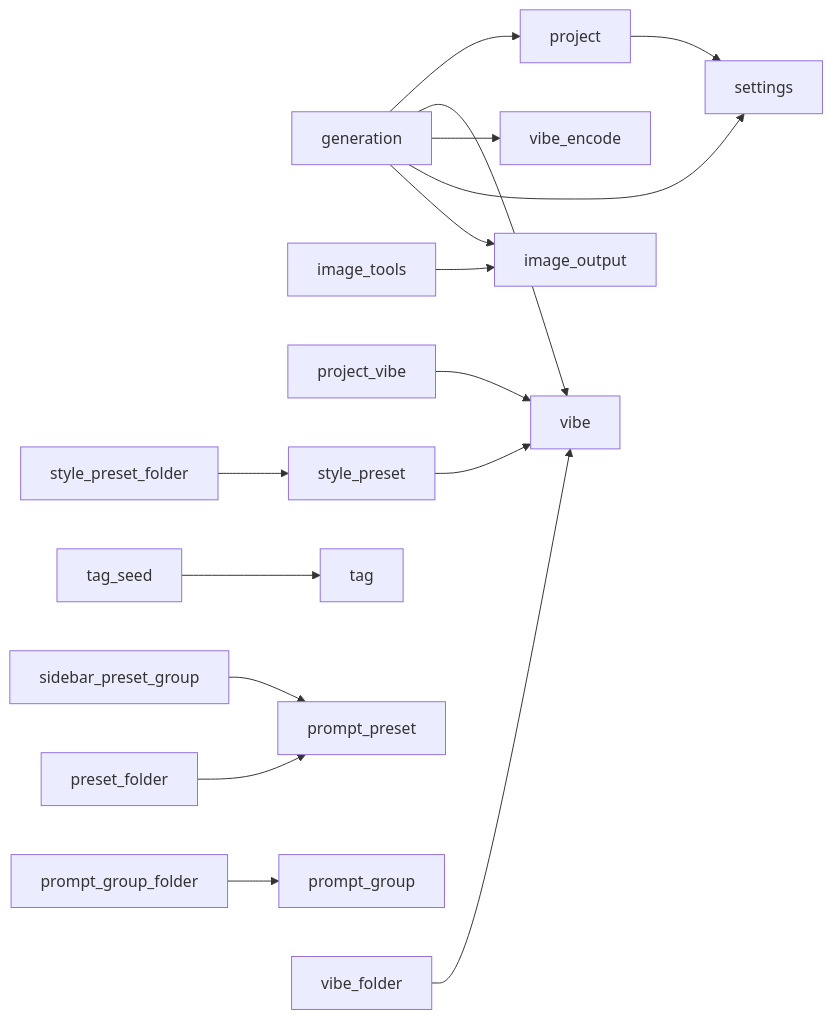
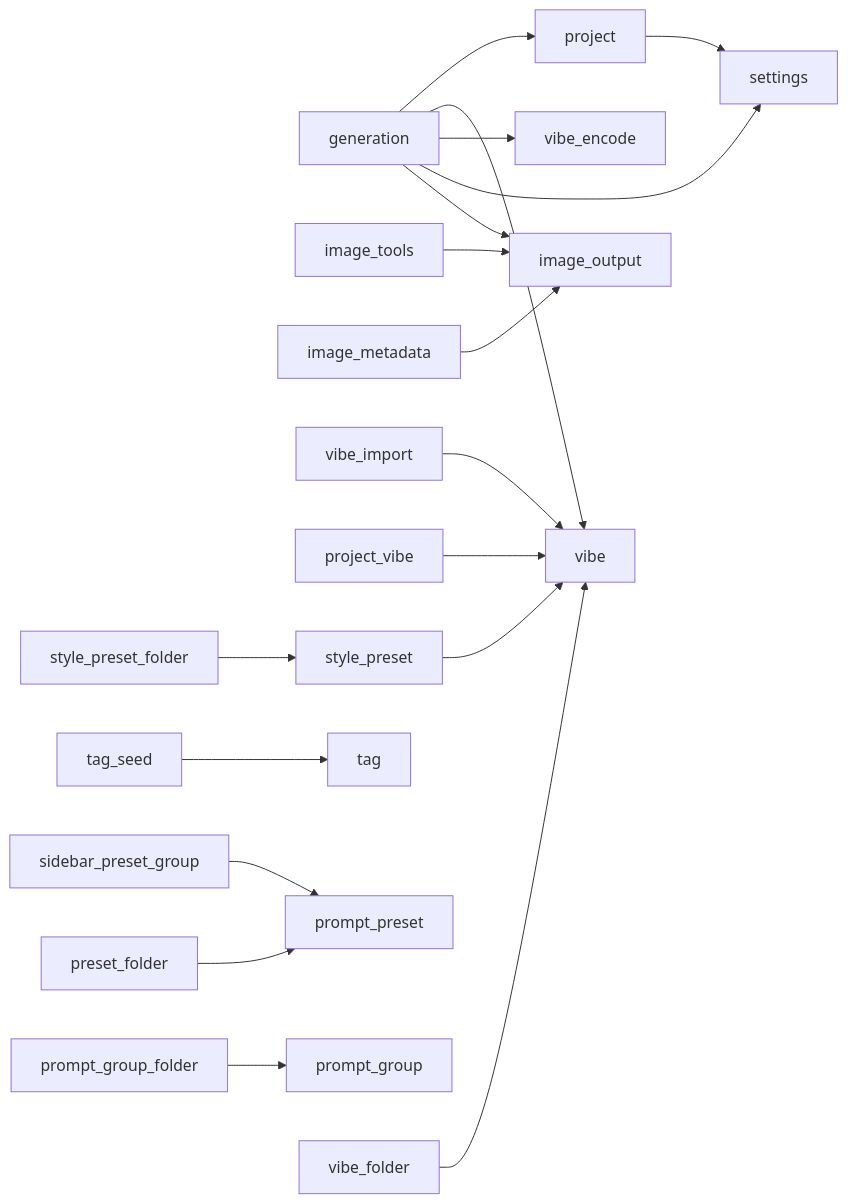
Before and after one commit to nkdk9315/NovelAI-desktop-app: the second of 3 diagrams in docs/architecture/ARCHITECTURE.md, drawn with Mermaid. The commit also changed other lines of this file and 37 other files, not shown here.

````diff
--- a/docs/architecture/ARCHITECTURE.md
+++ b/docs/architecture/ARCHITECTURE.md
@@ -179,18 +181,20 @@
 ```mermaid
 graph LR
     generation --> project
     generation --> vibe
     generation --> vibe_encode
     generation --> settings
     generation --> image_output
     image_tools --> image_output
+    image_metadata --> image_output
+    vibe_import --> vibe
     project --> settings
     project_vibe --> vibe
     style_preset --> vibe
     tag_seed --> tag
     sidebar_preset_group --> prompt_preset
     prompt_group_folder --> prompt_group
     vibe_folder --> vibe
     style_preset_folder --> style_preset
     preset_folder --> prompt_preset
 ```
````
